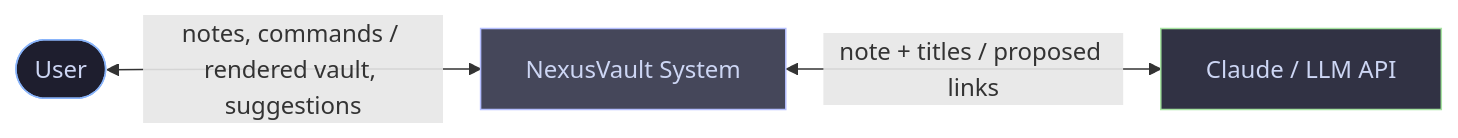
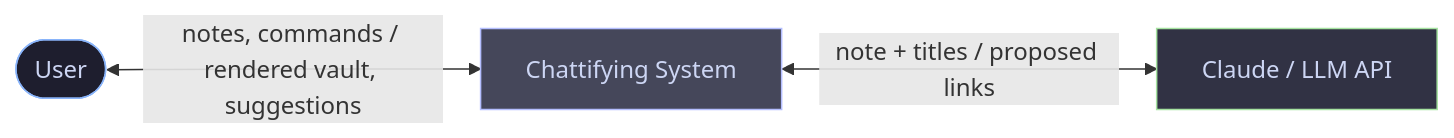
The first of 2 diagrams in README.md (shubham2007p/Nexus_Vault), drawn with Mermaid before and after one commit. The commit also changed other lines of this file and 15 other files, not shown here.

````diff
--- a/README.md
+++ b/README.md
@@ -104,9 +104,9 @@
 ```mermaid
 graph LR
-    User([User]) <-->|notes, commands / rendered vault, suggestions| System[NexusVault System]
+    User([User]) <-->|notes, commands / rendered vault, suggestions| System[Chattifying System]
     System <-->|note + titles / proposed links| LLM[Claude / LLM API]
 
     style User fill:#1e1e2e,stroke:#89b4fa,color:#cdd6f4
     style System fill:#45475a,stroke:#b4befe,color:#cdd6f4
     style LLM fill:#313244,stroke:#a6e3a1,color:#cdd6f4
 ```
````
